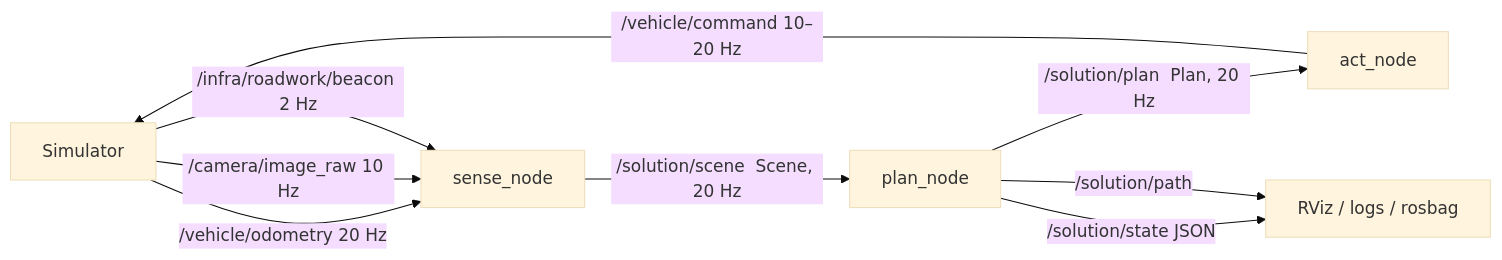
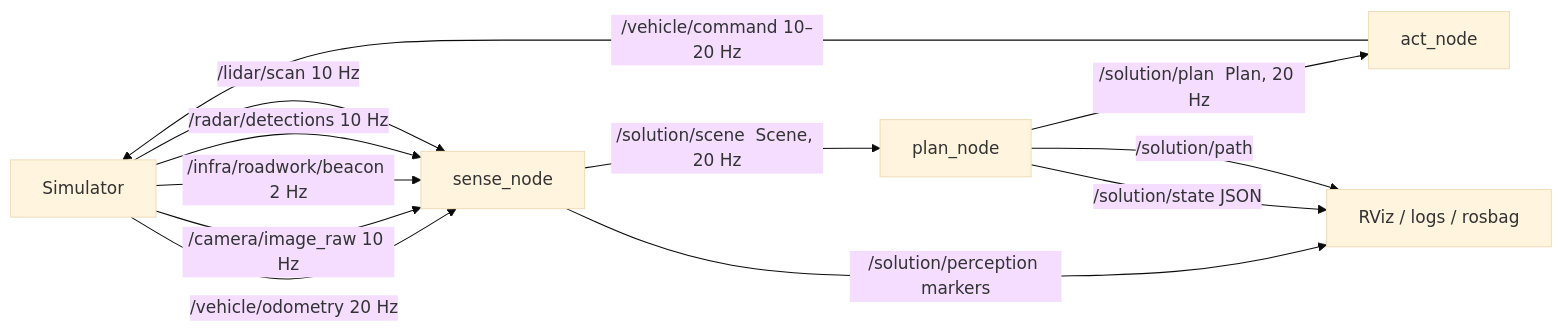
The second of 3 diagrams in docs/ARCHITECTURE.md (rita-barbosa/ros2-roadwork-challenge), drawn with Mermaid (base theme) before and after one commit. The commit also changed other lines of this file and 2 other files, not shown here.

Commit message:
Docs: D2 manual, architecture, interfaces

````diff
--- a/docs/ARCHITECTURE.md
+++ b/docs/ARCHITECTURE.md
@@ -44,11 +45,14 @@
 ```mermaid
 flowchart LR
   SIM[Simulator] -->|/vehicle/odometry 20 Hz| S[sense_node]
   SIM -->|/camera/image_raw 10 Hz| S
   SIM -->|/infra/roadwork/beacon 2 Hz| S
+  SIM -->|/radar/detections 10 Hz| S
+  SIM -->|/lidar/scan 10 Hz| S
   S -->|/solution/scene  Scene, 20 Hz| P[plan_node]
   P -->|/solution/plan  Plan, 20 Hz| A[act_node]
   A -->|/vehicle/command 10–20 Hz| SIM
-  P -->|/solution/state JSON| R[RViz / logs / rosbag]
+  S -->|/solution/perception markers| R[RViz / logs / rosbag]
+  P -->|/solution/state JSON| R
   P -->|/solution/path| R
 ```
````
